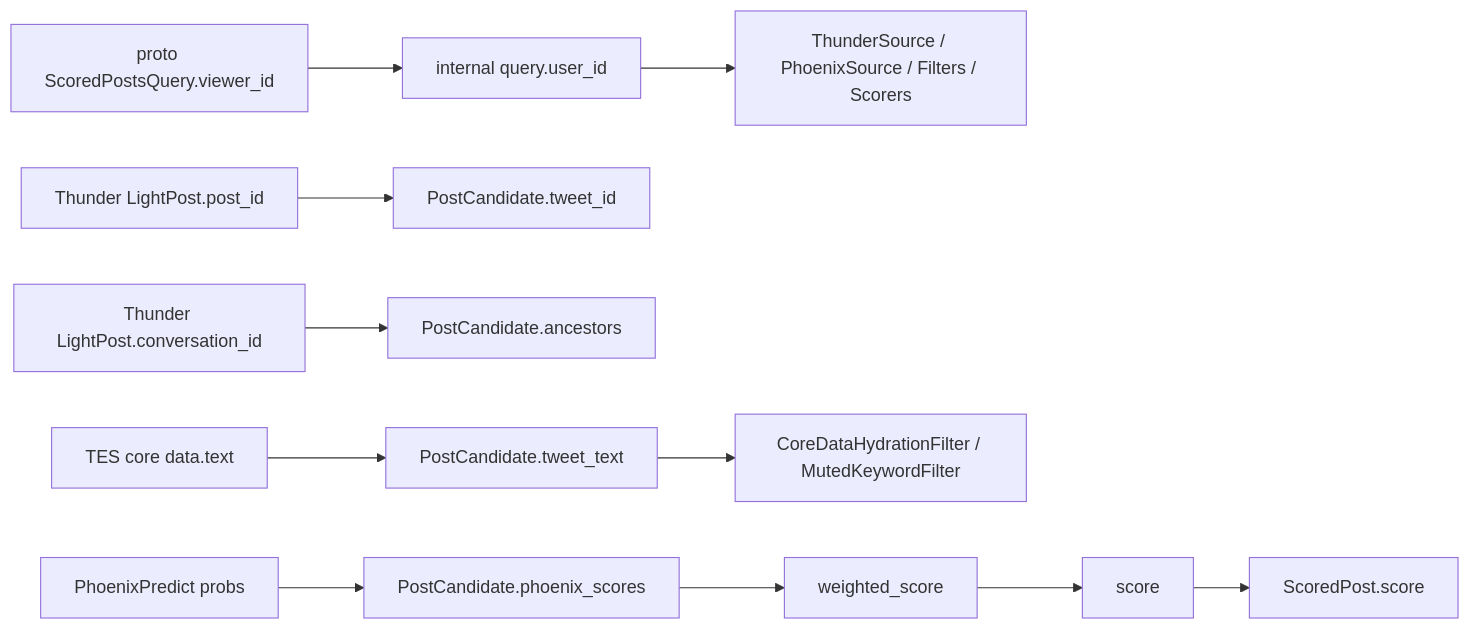
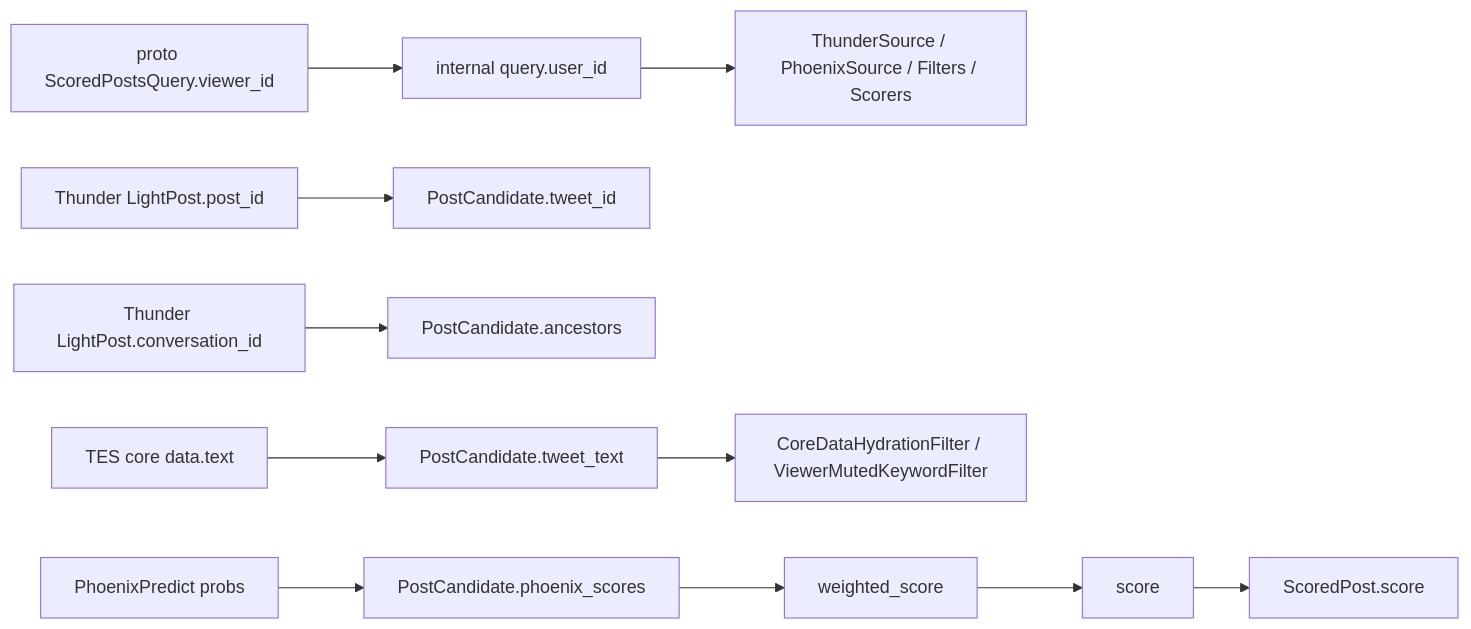
The diagram in docs/home-mixer/12-field-dictionary.md (freefcw/x-algorithm), drawn with Mermaid before and after one commit. The commit also changed other lines of this file and 2 other files, not shown here.

````diff
--- a/docs/home-mixer/12-field-dictionary.md
+++ b/docs/home-mixer/12-field-dictionary.md
@@ -198,16 +254,16 @@
 ```mermaid
 flowchart LR
     A["proto ScoredPostsQuery.viewer_id"] --> B["internal query.user_id"]
     B --> C["ThunderSource / PhoenixSource / Filters / Scorers"]
 
     D["Thunder LightPost.post_id"] --> E["PostCandidate.tweet_id"]
     D2["Thunder LightPost.conversation_id"] --> F["PostCandidate.ancestors"]
 
     G["TES core data.text"] --> H["PostCandidate.tweet_text"]
-    H --> I["CoreDataHydrationFilter / MutedKeywordFilter"]
+    H --> I["CoreDataHydrationFilter / ViewerMutedKeywordFilter"]
 
     J["PhoenixPredict probs"] --> K["PostCandidate.phoenix_scores"]
     K --> L["weighted_score"]
     L --> M["score"]
     M --> N["ScoredPost.score"]
 ```
````
